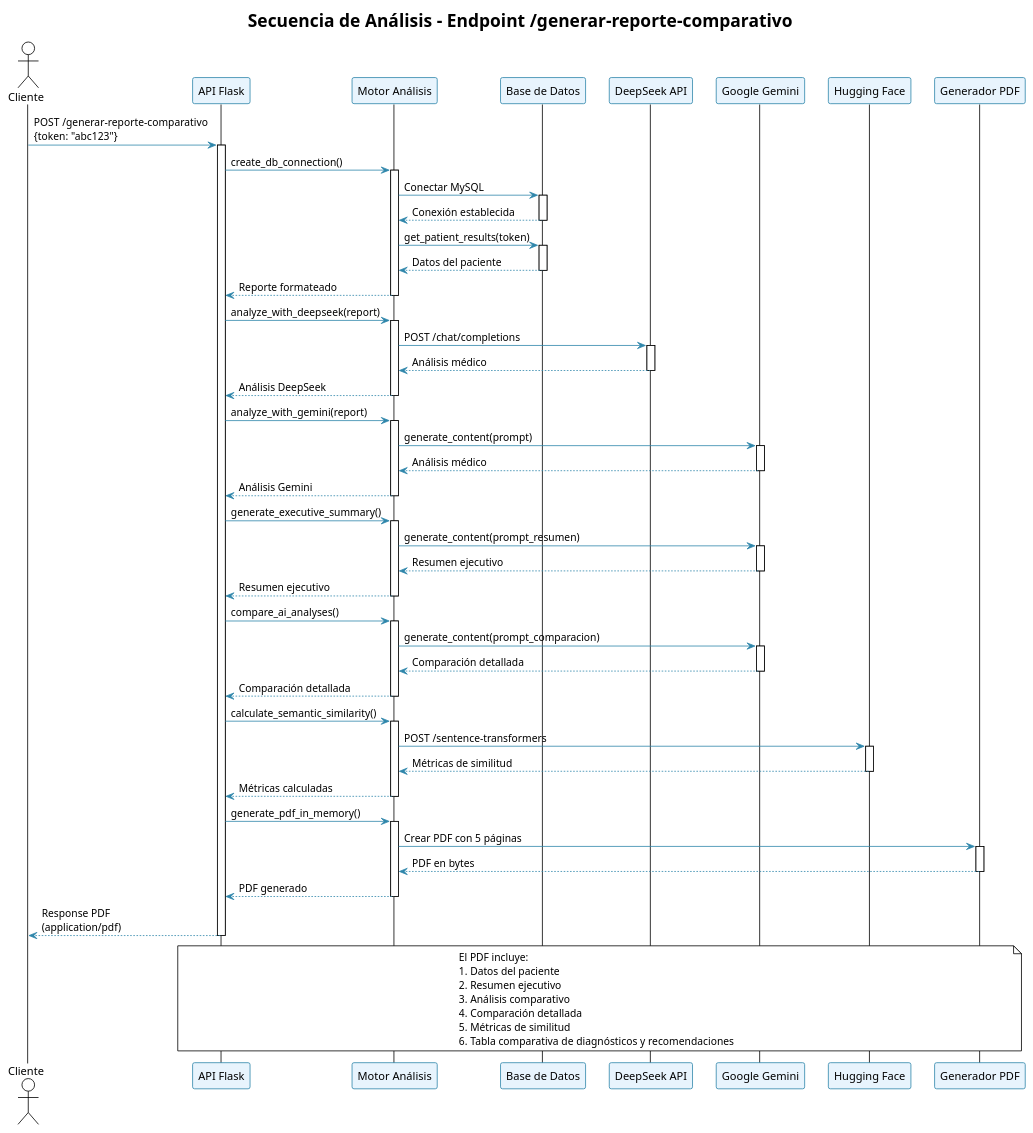
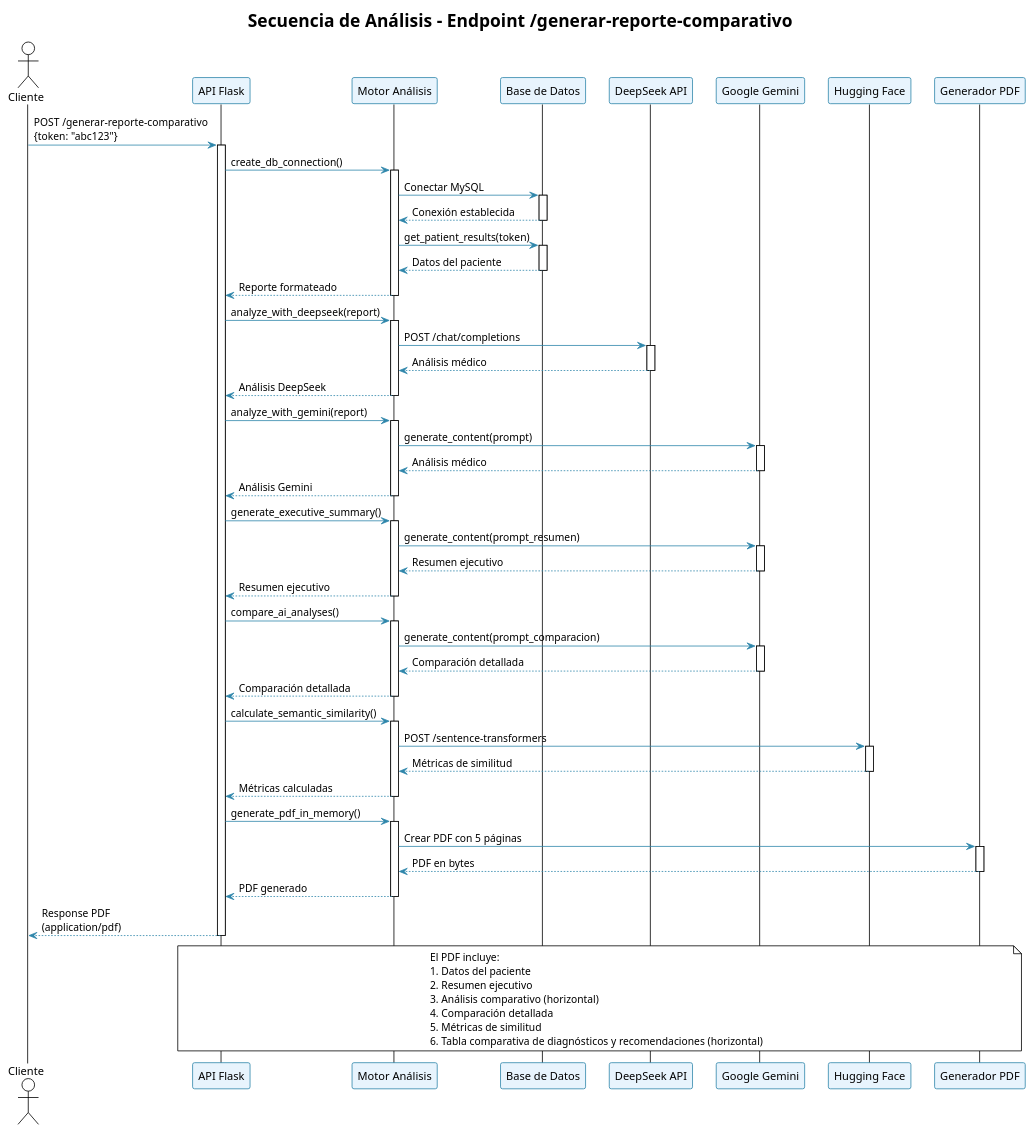
The diagram in diagramas/03_secuencia_analisis.puml (sergio-sanguinetti/api_diagnosticos), drawn with PlantUML before and after one commit. The commit also changed 3 other files, not shown here.

```diff
--- a/diagramas/03_secuencia_analisis.puml
+++ b/diagramas/03_secuencia_analisis.puml
@@ -1,103 +1,103 @@
 @startuml Secuencia de Análisis Médico
 !theme plain
 skinparam backgroundColor #FFFFFF
 skinparam sequenceArrowColor #2E86AB
 skinparam participantBackgroundColor #E8F4FD
 skinparam participantBorderColor #2E86AB
 
 title Secuencia de Análisis - Endpoint /generar-reporte-comparativo
 
 actor Cliente
 participant "API Flask" as API
 participant "Motor Análisis" as Motor
 participant "Base de Datos" as BD
 participant "DeepSeek API" as DeepSeek
 participant "Google Gemini" as Gemini
 participant "Hugging Face" as HF
 participant "Generador PDF" as PDF
 
 Cliente -> API: POST /generar-reporte-comparativo\n{token: "abc123"}
 activate API
 
 API -> Motor: create_db_connection()
 activate Motor
 Motor -> BD: Conectar MySQL
 activate BD
 BD --> Motor: Conexión establecida
 deactivate BD
 
 Motor -> BD: get_patient_results(token)
 activate BD
 BD --> Motor: Datos del paciente
 deactivate BD
 Motor --> API: Reporte formateado
 deactivate Motor
 
 API -> Motor: analyze_with_deepseek(report)
 activate Motor
 Motor -> DeepSeek: POST /chat/completions
 activate DeepSeek
 DeepSeek --> Motor: Análisis médico
 deactivate DeepSeek
 Motor --> API: Análisis DeepSeek
 deactivate Motor
 
 API -> Motor: analyze_with_gemini(report)
 activate Motor
 Motor -> Gemini: generate_content(prompt)
 activate Gemini
 Gemini --> Motor: Análisis médico
 deactivate Gemini
 Motor --> API: Análisis Gemini
 deactivate Motor
 
 API -> Motor: generate_executive_summary()
 activate Motor
 Motor -> Gemini: generate_content(prompt_resumen)
 activate Gemini
 Gemini --> Motor: Resumen ejecutivo
 deactivate Gemini
 Motor --> API: Resumen ejecutivo
 deactivate Motor
 
 API -> Motor: compare_ai_analyses()
 activate Motor
 Motor -> Gemini: generate_content(prompt_comparacion)
 activate Gemini
 Gemini --> Motor: Comparación detallada
 deactivate Gemini
 Motor --> API: Comparación detallada
 deactivate Motor
 
 API -> Motor: calculate_semantic_similarity()
 activate Motor
 Motor -> HF: POST /sentence-transformers
 activate HF
 HF --> Motor: Métricas de similitud
 deactivate HF
 Motor --> API: Métricas calculadas
 deactivate Motor
 
 API -> Motor: generate_pdf_in_memory()
 activate Motor
 Motor -> PDF: Crear PDF con 5 páginas
 activate PDF
 PDF --> Motor: PDF en bytes
 deactivate PDF
 Motor --> API: PDF generado
 deactivate Motor
 
 API --> Cliente: Response PDF\n(application/pdf)
 deactivate API
 
 note over API, PDF
 El PDF incluye:
 1. Datos del paciente
 2. Resumen ejecutivo
-3. Análisis comparativo
+3. Análisis comparativo (horizontal)
 4. Comparación detallada
 5. Métricas de similitud
-6. Tabla comparativa de diagnósticos y recomendaciones
+6. Tabla comparativa de diagnósticos y recomendaciones (horizontal)
 end note
 
 @enduml
```
